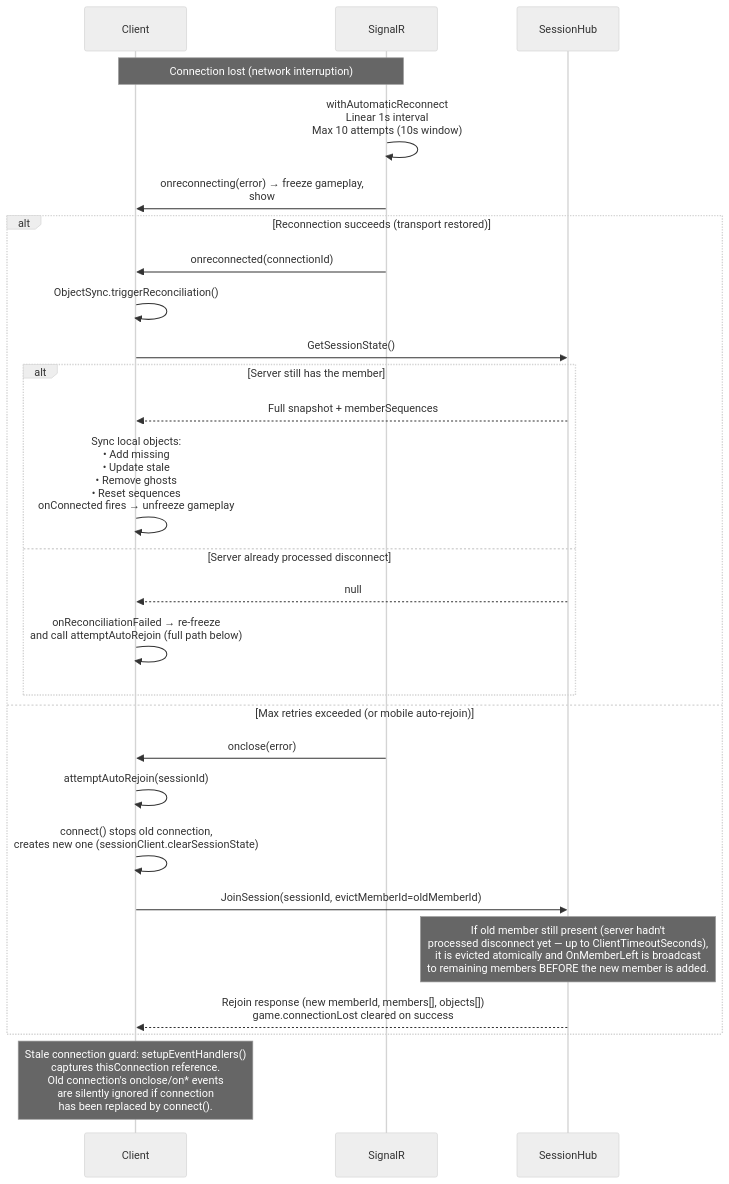
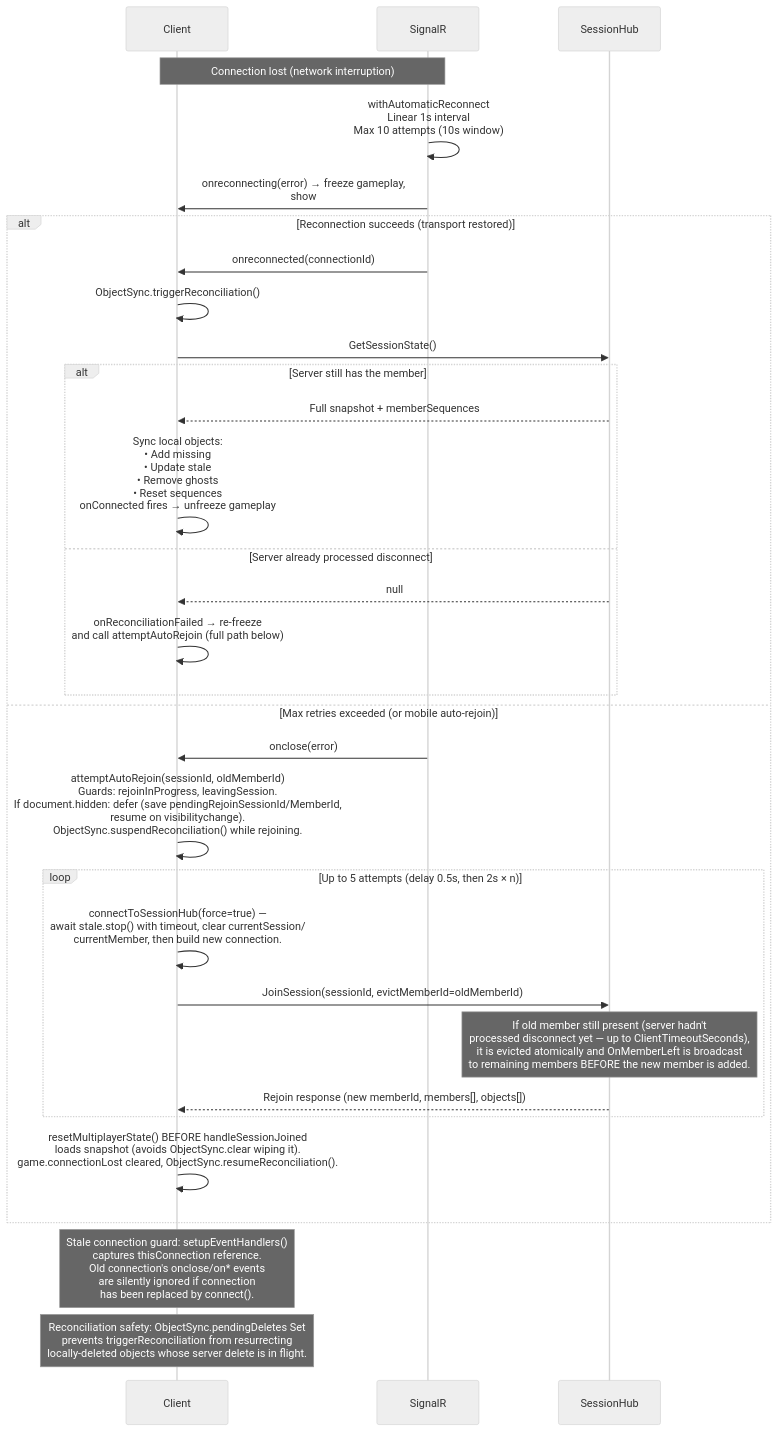
One commit to badvoidstar/asteroids changed diagram 29 of 33 in ARCHITECTURE.md. Above: the diagram before and after it, drawn with Mermaid (neutral theme). The commit also changed other lines of this file, not shown here.

Commit message:
Update ARCHITECTURE.md to reflect current code
Agent-Logs-Url: https://github.com/badvoidstar/astervoids/sessions/d2ece505-45f5-42a0-b24c-c3ee46cf0bf3

````diff
--- a/ARCHITECTURE.md
+++ b/ARCHITECTURE.md
@@ -806,35 +806,39 @@
 ```mermaid
 sequenceDiagram
     participant C as Client
     participant SR as SignalR
     participant HUB as SessionHub
 
     Note over C,SR: Connection lost (network interruption)
 
     SR->>SR: withAutomaticReconnect<br/>Linear 1s interval<br/>Max 10 attempts (10s window)
 
     SR->>C: onreconnecting(error) → freeze gameplay,<br/>show #reconnecting-overlay
 
     alt Reconnection succeeds (transport restored)
         SR->>C: onreconnected(connectionId)
         C->>C: ObjectSync.triggerReconciliation()
         C->>HUB: GetSessionState()
 
         alt Server still has the member
             HUB-->>C: Full snapshot + memberSequences
             C->>C: Sync local objects:<br/>• Add missing<br/>• Update stale<br/>• Remove ghosts<br/>• Reset sequences<br/>onConnected fires → unfreeze gameplay
         else Server already processed disconnect
             HUB-->>C: null
             C->>C: onReconciliationFailed → re-freeze<br/>and call attemptAutoRejoin (full path below)
         end
     else Max retries exceeded (or mobile auto-rejoin)
         SR->>C: onclose(error)
-        C->>C: attemptAutoRejoin(sessionId)
-        C->>C: connect() stops old connection,<br/>creates new one (sessionClient.clearSessionState)
-        C->>HUB: JoinSession(sessionId, evictMemberId=oldMemberId)
-        Note over HUB: If old member still present (server hadn't<br/>processed disconnect yet — up to ClientTimeoutSeconds),<br/>it is evicted atomically and OnMemberLeft is broadcast<br/>to remaining members BEFORE the new member is added.
-        HUB-->>C: Rejoin response (new memberId, members[], objects[])<br/>game.connectionLost cleared on success
+        C->>C: attemptAutoRejoin(sessionId, oldMemberId)<br/>Guards: rejoinInProgress, leavingSession.<br/>If document.hidden: defer (save pendingRejoinSessionId/MemberId,<br/>resume on visibilitychange).<br/>ObjectSync.suspendReconciliation() while rejoining.
+        loop Up to 5 attempts (delay 0.5s, then 2s × n)
+            C->>C: connectToSessionHub(force=true) —<br/>await stale.stop() with timeout, clear currentSession/<br/>currentMember, then build new connection.
+            C->>HUB: JoinSession(sessionId, evictMemberId=oldMemberId)
+            Note over HUB: If old member still present (server hadn't<br/>processed disconnect yet — up to ClientTimeoutSeconds),<br/>it is evicted atomically and OnMemberLeft is broadcast<br/>to remaining members BEFORE the new member is added.
+            HUB-->>C: Rejoin response (new memberId, members[], objects[])
+        end
+        C->>C: resetMultiplayerState() BEFORE handleSessionJoined<br/>loads snapshot (avoids ObjectSync.clear wiping it).<br/>game.connectionLost cleared, ObjectSync.resumeReconciliation().
     end
 
     Note over C: Stale connection guard: setupEventHandlers()<br/>captures thisConnection reference.<br/>Old connection's onclose/on* events<br/>are silently ignored if connection<br/>has been replaced by connect().
+    Note over C: Reconciliation safety: ObjectSync.pendingDeletes Set<br/>prevents triggerReconciliation from resurrecting<br/>locally-deleted objects whose server delete is in flight.
 ```
````
